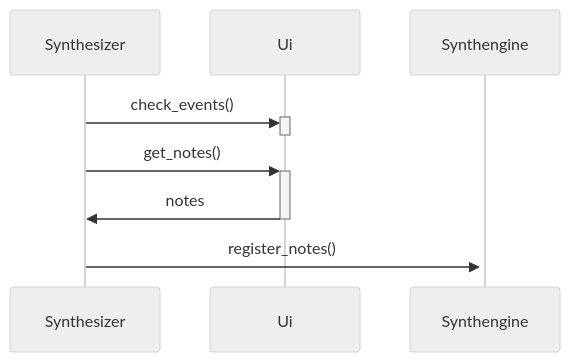
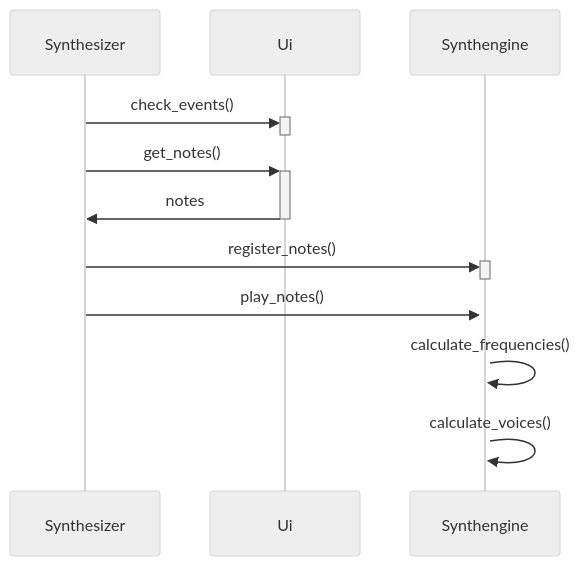
The second of 2 diagrams in dokumentaatio/arkkitehtuuri.md (rudolf-heiskanen/ot-harjoitustyo), drawn with Mermaid (neutral theme) before and after one commit.

Commit message:
arkkitehtuuria

````diff
--- a/dokumentaatio/arkkitehtuuri.md
+++ b/dokumentaatio/arkkitehtuuri.md
@@ -29,8 +29,12 @@
 ```mermaid
 sequenceDiagram
     Synthesizer ->>+ Ui: check_events()
     deactivate Ui
     Synthesizer ->>+ Ui: get_notes()
     Ui ->>- Synthesizer: notes
     Synthesizer ->>+ Synthengine: register_notes()
+    deactivate Synthengine
+    Synthesizer ->>+ Synthengine: play_notes()
+    Synthengine ->> Synthengine: calculate_frequencies()
+    Synthengine ->> Synthengine: calculate_voices()
 ```
````
